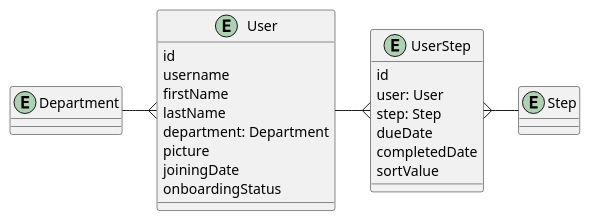
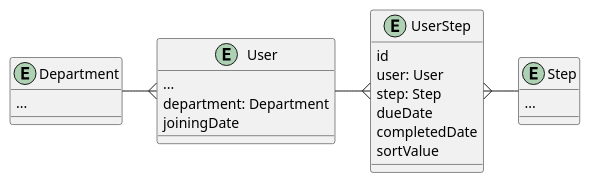
Before and after one commit to noname623/jmix-docs: the first of 5 diagrams in content/modules/tutorial/pages/data-in-ui.adoc, drawn with PlantUML. The commit also changed other lines of this file and 17 other files, not shown here.

```diff
--- a/content/modules/tutorial/pages/data-in-ui.adoc
+++ b/content/modules/tutorial/pages/data-in-ui.adoc
@@ -16,36 +16,33 @@
 [plantuml]
 ....
 @startuml
 
 entity Step {
+    ...
 }
 
 entity Department {
+    ...
 }
 
 entity User {
-    id
-    username
-    firstName
-    lastName
+    ...
     department: Department
-    picture
     joiningDate
-    onboardingStatus
 }
 
 entity UserStep {
     id
     user: User
     step: Step
     dueDate
     completedDate
     sortValue
 }
 
 User -{ UserStep
 UserStep }- Step
 Department -{ User
 
 @enduml
 ....
```
